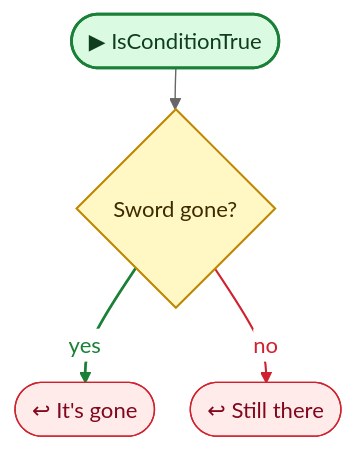
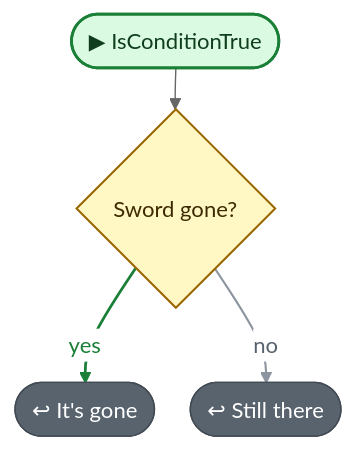
One commit to nataiai/Lord-of-the-Dungeon changed the third of 3 diagrams in CodeGraph~/graph/Map/EventCertainObjectDestroyed.cs.md. Above: the diagram before and after it, drawn with Mermaid (neutral theme). The commit also changed other lines of this file and 57 other files, not shown here.

````diff
--- a/CodeGraph~/graph/Map/EventCertainObjectDestroyed.cs.md
+++ b/CodeGraph~/graph/Map/EventCertainObjectDestroyed.cs.md
@@ -108,36 +110,36 @@
 ```mermaid
 ---
 config:
   flowchart:
     wrappingWidth: 260
     nodeSpacing: 26
     rankSpacing: 30
 ---
 flowchart TD
   nS(["▶ IsConditionTrue"])
   nf672c7{"Sword gone?"}
   nb1e3d6(["↩ It's gone"])
   n1902d3(["↩ Still there"])
   nS --> nf672c7
   nf672c7 -->|yes| nb1e3d6
   nf672c7 -->|no| n1902d3
   linkStyle 1 stroke:#1a7f37,stroke-width:2px,color:#1a7f37
-  linkStyle 2 stroke:#cf222e,stroke-width:1.5px,color:#cf222e
+  linkStyle 2 stroke:#8c959f,stroke-width:1.5px,color:#59636e
   classDef unity fill:#dafbe1,stroke:#1a7f37,stroke-width:2px,color:#0f3d1d
   classDef start fill:#dafbe1,stroke:#1a7f37,stroke-width:2px,color:#0f3d1d
-  classDef calc fill:#ffffff,stroke:#d0d7de,color:#57606a
+  classDef calc fill:#f6f8fa,stroke:#d1d9e0,color:#59636e
   classDef calls fill:#ddf4ff,stroke:#0969da,stroke-width:2px,color:#0a3069
-  classDef ext fill:#ddf4ff,stroke:#0969da,stroke-width:2px,stroke-dasharray:5 3,color:#0a3069
-  classDef cond fill:#fff8c5,stroke:#bf8700,stroke-width:1.5px,color:#3d2a00
-  classDef loop fill:#f6f8fa,stroke:#57606a,color:#1f2328
-  classDef exit fill:#ffebe9,stroke:#cf222e,color:#82071e
+  classDef ext fill:#f6f8fa,stroke:#59636e,stroke-width:1.5px,stroke-dasharray:5 5,color:#1f2328
+  classDef cond fill:#fff8c5,stroke:#9a6700,stroke-width:1.5px,color:#3d2a00
+  classDef loop fill:#fff8c5,stroke:#9a6700,color:#3d2a00
+  classDef wait fill:#fff8c5,stroke:#9a6700,color:#3d2a00
+  classDef exit fill:#59636e,stroke:#424a53,color:#ffffff
+  classDef fin fill:#59636e,stroke:#424a53,color:#ffffff
+  classDef act fill:#ffffff,stroke:#59636e,stroke-width:1.5px,color:#1f2328
   classDef kill fill:#ffebe9,stroke:#cf222e,stroke-width:2px,color:#82071e
-  classDef spawn fill:#dafbe1,stroke:#1a7f37,stroke-width:2px,color:#0f3d1d
-  classDef wait fill:#fff1e5,stroke:#bc4c00,color:#4d1d00
-  classDef fin fill:#eaeef2,stroke:#8c959f,color:#57606a
   classDef join fill:#d0d7de,stroke:#8c959f,color:#57606a
   classDef ghdr fill:#f5f9ff,stroke:#f5f9ff,color:#0a3069,font-weight:bold
   class nf672c7 cond
   class nb1e3d6,n1902d3 exit
   class nS start
 ```
````
